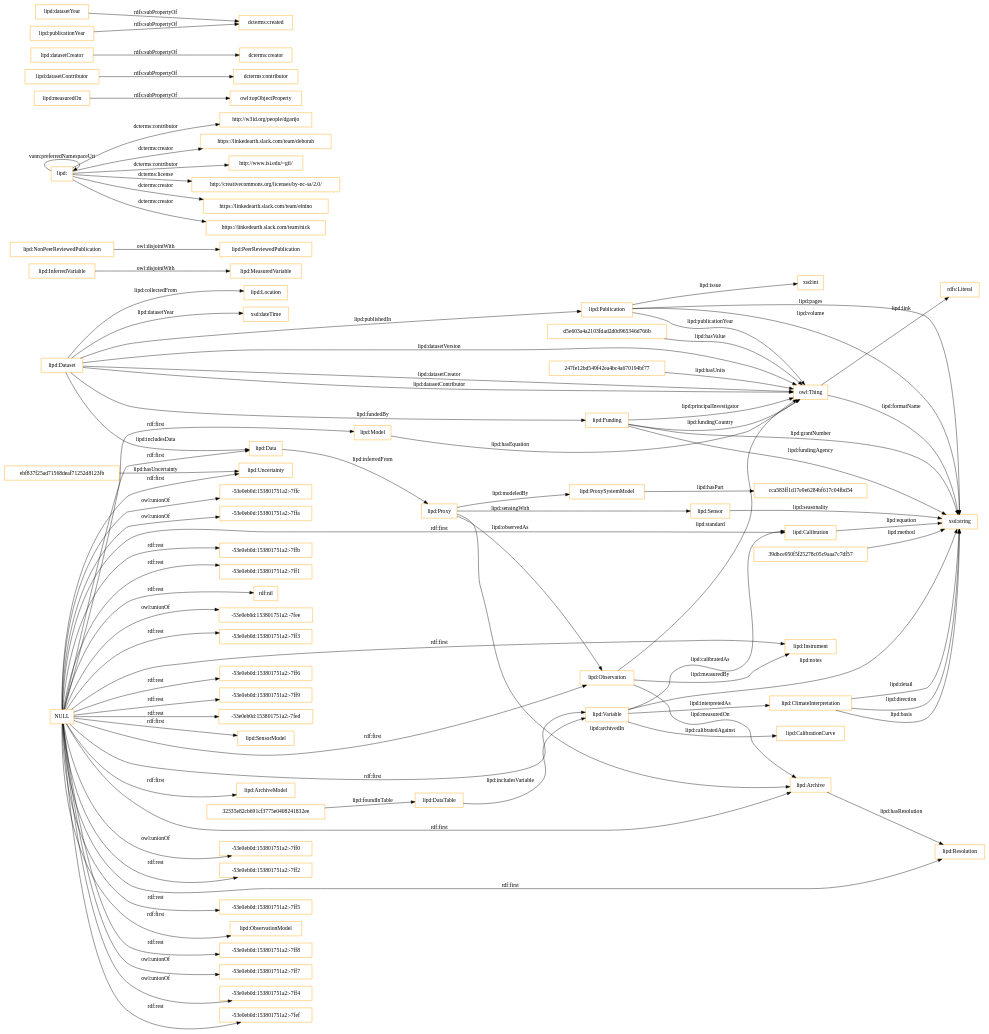
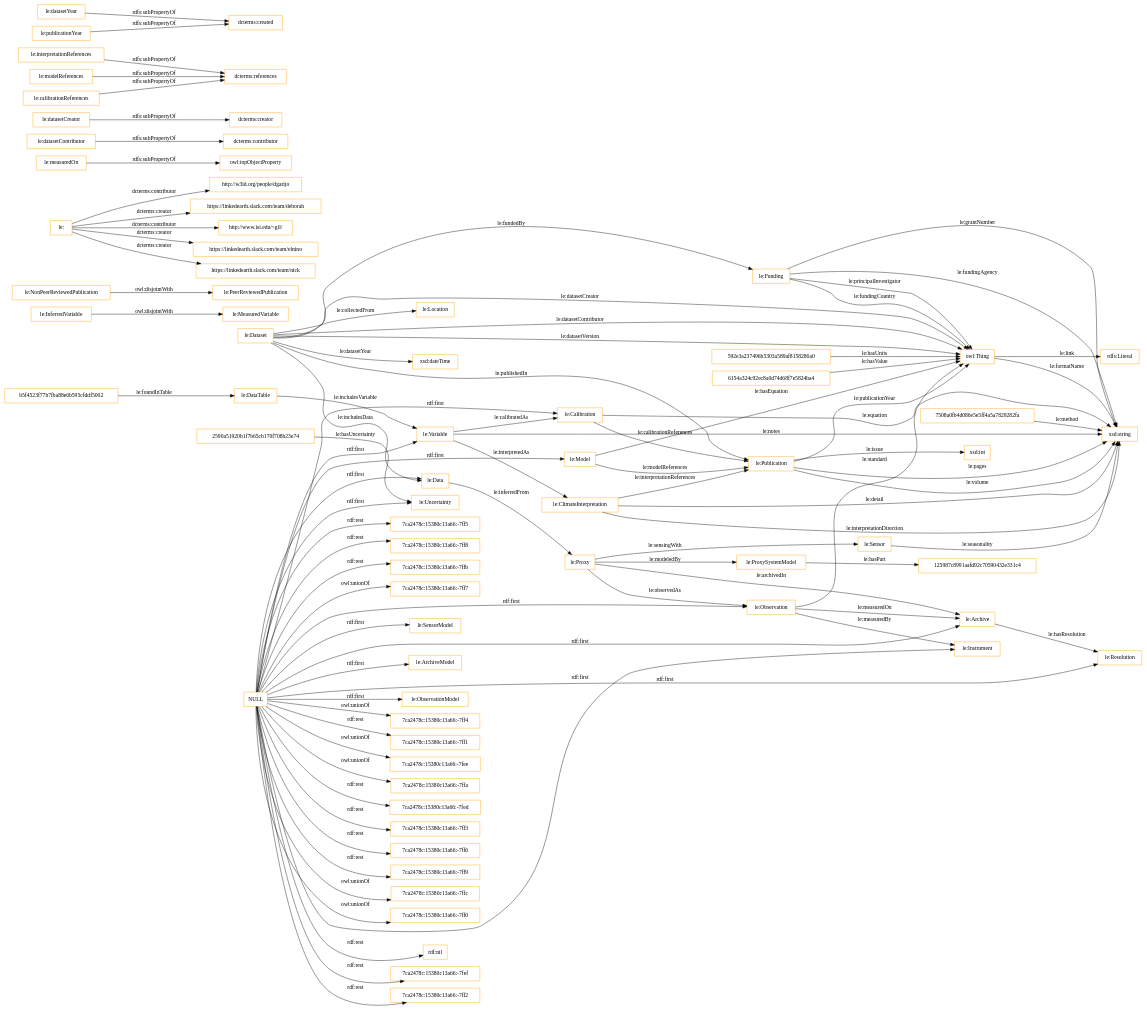
One commit to dgarijo/Ontology changed the diagram in OnToology/ontology.owl/diagrams/ar2dtool-class/ontology.owl.png.dot. Above: the diagram before and after it, drawn with Graphviz. The commit also changed 25 other files, not shown here.

```diff
--- a/OnToology/ontology.owl/diagrams/ar2dtool-class/ontology.owl.png.dot
+++ b/OnToology/ontology.owl/diagrams/ar2dtool-class/ontology.owl.png.dot
@@ -1,93 +1,95 @@
 digraph ar2dtool_diagram { 
 rankdir=LR;
 size="1501"
-node [shape = rectangle, color="orange"]; "lipd:Sensor" "lipd:Funding" "lipd:Resolution" "lipd:Dataset" "lipd:Publication" "lipd:DataTable" "32335e82cb691cf3775e0408241832ee" "lipd:Model" "lipd:Data" "lipd:SensorModel" "lipd:Location" "lipd:CalibrationCurve" "lipd:Calibration" "lipd:InferredVariable" "lipd:NonPeerReviewedPublication" "lipd:ArchiveModel" "lipd:MeasuredVariable" "lipd:Proxy" "lipd:ProxySystemModel" "lipd:Instrument" "lipd:ObservationModel" "cca583ff1d17e9e6284bf617c04fbd54" "d5e603a4a2103fdad2d0d965346d766b" "lipd:Uncertainty" "lipd:Observation" "247fe12bd549f42ea4bc4a670194bf77" "ebf837f25ad71568deaf71252d8123fb" "lipd:ClimateInterpretation" "lipd:Variable" "lipd:Archive" "39dbce950f5f25278c05c9aaa7c7df57" "lipd:PeerReviewedPublication" ; /*classes style*/
-	"lipd:NonPeerReviewedPublication" -> "lipd:PeerReviewedPublication" [ label = "owl:disjointWith" ];
-	"lipd:" -> "http://w3id.org/people/dgarijo" [ label = "dcterms:contributor" ];
-	"lipd:" -> "https://linkedearth.slack.com/team/deborah" [ label = "dcterms:creator" ];
-	"lipd:" -> "http://www.isi.edu/~gil/" [ label = "dcterms:contributor" ];
-	"lipd:" -> "http://creativecommons.org/licenses/by-nc-sa/2.0/" [ label = "dcterms:license" ];
-	"lipd:" -> "https://linkedearth.slack.com/team/elnino" [ label = "dcterms:creator" ];
-	"lipd:" -> "https://linkedearth.slack.com/team/nick" [ label = "dcterms:creator" ];
-	"lipd:" -> "lipd:" [ label = "vann:preferredNamespaceUri" ];
-	"lipd:measuredOn" -> "owl:topObjectProperty" [ label = "rdfs:subPropertyOf" ];
-	"lipd:datasetContributor" -> "dcterms:contributor" [ label = "rdfs:subPropertyOf" ];
-	"lipd:datasetCreator" -> "dcterms:creator" [ label = "rdfs:subPropertyOf" ];
-	"NULL" -> "lipd:Instrument" [ label = "rdf:first" ];
-	"NULL" -> "lipd:SensorModel" [ label = "rdf:first" ];
-	"NULL" -> "-53e0eb0d:153801751a2:-7ff2" [ label = "rdf:rest" ];
-	"NULL" -> "-53e0eb0d:153801751a2:-7ff5" [ label = "rdf:rest" ];
-	"NULL" -> "-53e0eb0d:153801751a2:-7ff8" [ label = "rdf:rest" ];
-	"NULL" -> "lipd:Archive" [ label = "rdf:first" ];
-	"NULL" -> "lipd:ObservationModel" [ label = "rdf:first" ];
-	"NULL" -> "-53e0eb0d:153801751a2:-7ff7" [ label = "owl:unionOf" ];
-	"NULL" -> "-53e0eb0d:153801751a2:-7ff4" [ label = "owl:unionOf" ];
-	"NULL" -> "-53e0eb0d:153801751a2:-7fef" [ label = "rdf:rest" ];
-	"NULL" -> "-53e0eb0d:153801751a2:-7ffc" [ label = "owl:unionOf" ];
-	"NULL" -> "-53e0eb0d:153801751a2:-7ffa" [ label = "owl:unionOf" ];
-	"NULL" -> "lipd:Variable" [ label = "rdf:first" ];
-	"NULL" -> "-53e0eb0d:153801751a2:-7ffb" [ label = "rdf:rest" ];
-	"NULL" -> "-53e0eb0d:153801751a2:-7ff1" [ label = "rdf:rest" ];
-	"NULL" -> "lipd:Uncertainty" [ label = "rdf:first" ];
+node [shape = rectangle, color="orange"]; "le:Sensor" "le:Funding" "le:Resolution" "le:Dataset" "le:Publication" "le:DataTable" "7508a0fb4d086e5e5ff4a5a7829282fa" "le:Model" "592e3a237496b5303a589af8158286a0" "le:Data" "6154a324c92ec8a0d74d68f7e5824ba4" "125987c8991aafd92c70590432e331c4" "le:SensorModel" "le:Location" "le:Calibration" "b5f4523f77b7fba88e6b595cfddf5002" "le:InferredVariable" "le:NonPeerReviewedPublication" "le:ArchiveModel" "le:MeasuredVariable" "le:Proxy" "le:ProxySystemModel" "le:Instrument" "le:ObservationModel" "le:Uncertainty" "le:Observation" "2590a51920b1f7b65cb170f708b23e74" "le:ClimateInterpretation" "le:Variable" "le:Archive" "le:PeerReviewedPublication" ; /*classes style*/
+	"le:NonPeerReviewedPublication" -> "le:PeerReviewedPublication" [ label = "owl:disjointWith" ];
+	"le:" -> "http://w3id.org/people/dgarijo" [ label = "dcterms:contributor" ];
+	"le:" -> "https://linkedearth.slack.com/team/deborah" [ label = "dcterms:creator" ];
+	"le:" -> "http://www.isi.edu/~gil/" [ label = "dcterms:contributor" ];
+	"le:" -> "https://linkedearth.slack.com/team/elnino" [ label = "dcterms:creator" ];
+	"le:" -> "https://linkedearth.slack.com/team/nick" [ label = "dcterms:creator" ];
+	"le:measuredOn" -> "owl:topObjectProperty" [ label = "rdfs:subPropertyOf" ];
+	"le:datasetContributor" -> "dcterms:contributor" [ label = "rdfs:subPropertyOf" ];
+	"le:datasetCreator" -> "dcterms:creator" [ label = "rdfs:subPropertyOf" ];
+	"le:interpretationReferences" -> "dcterms:references" [ label = "rdfs:subPropertyOf" ];
+	"le:modelReferences" -> "dcterms:references" [ label = "rdfs:subPropertyOf" ];
+	"le:calibrationReferences" -> "dcterms:references" [ label = "rdfs:subPropertyOf" ];
+	"NULL" -> "7ca2478c:15380c13a66:-7ff1" [ label = "rdf:rest" ];
+	"NULL" -> "le:Instrument" [ label = "rdf:first" ];
+	"NULL" -> "le:SensorModel" [ label = "rdf:first" ];
+	"NULL" -> "7ca2478c:15380c13a66:-7fee" [ label = "owl:unionOf" ];
+	"NULL" -> "le:Archive" [ label = "rdf:first" ];
+	"NULL" -> "le:ObservationModel" [ label = "rdf:first" ];
+	"NULL" -> "7ca2478c:15380c13a66:-7ffa" [ label = "owl:unionOf" ];
+	"NULL" -> "7ca2478c:15380c13a66:-7fed" [ label = "rdf:rest" ];
+	"NULL" -> "7ca2478c:15380c13a66:-7ff3" [ label = "rdf:rest" ];
+	"NULL" -> "le:Variable" [ label = "rdf:first" ];
+	"NULL" -> "7ca2478c:15380c13a66:-7ff6" [ label = "rdf:rest" ];
+	"NULL" -> "7ca2478c:15380c13a66:-7ff9" [ label = "rdf:rest" ];
+	"NULL" -> "7ca2478c:15380c13a66:-7ffc" [ label = "owl:unionOf" ];
+	"NULL" -> "le:Uncertainty" [ label = "rdf:first" ];
+	"NULL" -> "7ca2478c:15380c13a66:-7ff0" [ label = "owl:unionOf" ];
 	"NULL" -> "rdf:nil" [ label = "rdf:rest" ];
-	"NULL" -> "-53e0eb0d:153801751a2:-7fee" [ label = "owl:unionOf" ];
-	"NULL" -> "lipd:Calibration" [ label = "rdf:first" ];
-	"NULL" -> "-53e0eb0d:153801751a2:-7ff3" [ label = "rdf:rest" ];
-	"NULL" -> "lipd:Data" [ label = "rdf:first" ];
-	"NULL" -> "-53e0eb0d:153801751a2:-7ff6" [ label = "rdf:rest" ];
-	"NULL" -> "-53e0eb0d:153801751a2:-7ff9" [ label = "rdf:rest" ];
-	"NULL" -> "lipd:Model" [ label = "rdf:first" ];
-	"NULL" -> "lipd:Observation" [ label = "rdf:first" ];
-	"NULL" -> "lipd:Resolution" [ label = "rdf:first" ];
-	"NULL" -> "lipd:ArchiveModel" [ label = "rdf:first" ];
-	"NULL" -> "-53e0eb0d:153801751a2:-7fed" [ label = "rdf:rest" ];
-	"NULL" -> "-53e0eb0d:153801751a2:-7ff0" [ label = "owl:unionOf" ];
-	"lipd:datasetYear" -> "dcterms:created" [ label = "rdfs:subPropertyOf" ];
-	"lipd:publicationYear" -> "dcterms:created" [ label = "rdfs:subPropertyOf" ];
-	"lipd:InferredVariable" -> "lipd:MeasuredVariable" [ label = "owl:disjointWith" ];
-	"lipd:ClimateInterpretation" -> "xsd:string" [ label = "lipd:direction" ];
-	"lipd:Dataset" -> "lipd:Funding" [ label = "lipd:fundedBy" ];
-	"lipd:Funding" -> "owl:Thing" [ label = "lipd:fundingCountry" ];
-	"lipd:Dataset" -> "lipd:Location" [ label = "lipd:collectedFrom" ];
-	"lipd:Dataset" -> "owl:Thing" [ label = "lipd:datasetCreator" ];
-	"lipd:Publication" -> "owl:Thing" [ label = "lipd:publicationYear" ];
-	"lipd:Variable" -> "xsd:string" [ label = "lipd:notes" ];
-	"lipd:Model" -> "owl:Thing" [ label = "lipd:hasEquation" ];
-	"lipd:Dataset" -> "owl:Thing" [ label = "lipd:datasetContributor" ];
-	"lipd:Proxy" -> "lipd:Archive" [ label = "lipd:archivedIn" ];
-	"owl:Thing" -> "xsd:string" [ label = "lipd:formatName" ];
-	"lipd:Funding" -> "xsd:string" [ label = "lipd:grantNumber" ];
-	"39dbce950f5f25278c05c9aaa7c7df57" -> "xsd:string" [ label = "lipd:method" ];
-	"lipd:ProxySystemModel" -> "cca583ff1d17e9e6284bf617c04fbd54" [ label = "lipd:hasPart" ];
-	"lipd:Dataset" -> "lipd:Publication" [ label = "lipd:publishedIn" ];
-	"32335e82cb691cf3775e0408241832ee" -> "lipd:DataTable" [ label = "lipd:foundInTable" ];
-	"lipd:Publication" -> "xsd:int" [ label = "lipd:issue" ];
-	"lipd:Funding" -> "owl:Thing" [ label = "lipd:principalInvestigator" ];
-	"lipd:Dataset" -> "xsd:dateTime" [ label = "lipd:datasetYear" ];
-	"lipd:DataTable" -> "lipd:Variable" [ label = "lipd:includesVariable" ];
-	"lipd:Proxy" -> "lipd:Observation" [ label = "lipd:observedAs" ];
-	"lipd:Calibration" -> "xsd:string" [ label = "lipd:equation" ];
-	"lipd:Observation" -> "lipd:Instrument" [ label = "lipd:measuredBy" ];
-	"lipd:Funding" -> "xsd:string" [ label = "lipd:fundingAgency" ];
-	"lipd:Proxy" -> "lipd:ProxySystemModel" [ label = "lipd:modeledBy" ];
-	"lipd:Archive" -> "lipd:Resolution" [ label = "lipd:hasResolution" ];
-	"lipd:Variable" -> "lipd:Calibration" [ label = "lipd:calibratedAs" ];
-	"lipd:ClimateInterpretation" -> "xsd:string" [ label = "lipd:basis" ];
-	"owl:Thing" -> "rdfs:Literal" [ label = "lipd:link" ];
-	"lipd:Observation" -> "owl:Thing" [ label = "lipd:standard" ];
-	"lipd:Publication" -> "xsd:string" [ label = "lipd:pages" ];
-	"ebf837f25ad71568deaf71252d8123fb" -> "lipd:Uncertainty" [ label = "lipd:hasUncertainty" ];
-	"lipd:Variable" -> "lipd:CalibrationCurve" [ label = "lipd:calibratedAgainst" ];
-	"lipd:Sensor" -> "xsd:string" [ label = "lipd:seasonality" ];
-	"lipd:Data" -> "lipd:Proxy" [ label = "lipd:inferredFrom" ];
-	"247fe12bd549f42ea4bc4a670194bf77" -> "owl:Thing" [ label = "lipd:hasUnits" ];
-	"lipd:Proxy" -> "lipd:Sensor" [ label = "lipd:sensingWith" ];
-	"lipd:ClimateInterpretation" -> "xsd:string" [ label = "lipd:detail" ];
-	"lipd:Publication" -> "xsd:string" [ label = "lipd:volume" ];
-	"lipd:Observation" -> "lipd:Archive" [ label = "lipd:measuredOn" ];
-	"lipd:Dataset" -> "lipd:Data" [ label = "lipd:includesData" ];
-	"d5e603a4a2103fdad2d0d965346d766b" -> "owl:Thing" [ label = "lipd:hasValue" ];
-	"lipd:Dataset" -> "owl:Thing" [ label = "lipd:datasetVersion" ];
-	"lipd:Variable" -> "lipd:ClimateInterpretation" [ label = "lipd:interpretedAs" ];
+	"NULL" -> "7ca2478c:15380c13a66:-7fef" [ label = "rdf:rest" ];
+	"NULL" -> "le:Calibration" [ label = "rdf:first" ];
+	"NULL" -> "7ca2478c:15380c13a66:-7ff2" [ label = "rdf:rest" ];
+	"NULL" -> "7ca2478c:15380c13a66:-7ff5" [ label = "rdf:rest" ];
+	"NULL" -> "7ca2478c:15380c13a66:-7ff8" [ label = "rdf:rest" ];
+	"NULL" -> "le:Data" [ label = "rdf:first" ];
+	"NULL" -> "7ca2478c:15380c13a66:-7ffb" [ label = "rdf:rest" ];
+	"NULL" -> "le:Model" [ label = "rdf:first" ];
+	"NULL" -> "7ca2478c:15380c13a66:-7ff7" [ label = "owl:unionOf" ];
+	"NULL" -> "7ca2478c:15380c13a66:-7ff4" [ label = "owl:unionOf" ];
+	"NULL" -> "le:Observation" [ label = "rdf:first" ];
+	"NULL" -> "le:Resolution" [ label = "rdf:first" ];
+	"NULL" -> "le:ArchiveModel" [ label = "rdf:first" ];
+	"le:datasetYear" -> "dcterms:created" [ label = "rdfs:subPropertyOf" ];
+	"le:publicationYear" -> "dcterms:created" [ label = "rdfs:subPropertyOf" ];
+	"le:InferredVariable" -> "le:MeasuredVariable" [ label = "owl:disjointWith" ];
+	"le:Calibration" -> "le:Publication" [ label = "le:calibrationReferences" ];
+	"le:Dataset" -> "le:Funding" [ label = "le:fundedBy" ];
+	"le:Funding" -> "owl:Thing" [ label = "le:fundingCountry" ];
+	"le:Dataset" -> "le:Location" [ label = "le:collectedFrom" ];
+	"le:Dataset" -> "owl:Thing" [ label = "le:datasetCreator" ];
+	"le:Publication" -> "owl:Thing" [ label = "le:publicationYear" ];
+	"le:Variable" -> "xsd:string" [ label = "le:notes" ];
+	"le:Model" -> "owl:Thing" [ label = "le:hasEquation" ];
+	"le:Dataset" -> "owl:Thing" [ label = "le:datasetContributor" ];
+	"le:Proxy" -> "le:Archive" [ label = "le:archivedIn" ];
+	"owl:Thing" -> "xsd:string" [ label = "le:formatName" ];
+	"le:Funding" -> "xsd:string" [ label = "le:grantNumber" ];
+	"7508a0fb4d086e5e5ff4a5a7829282fa" -> "xsd:string" [ label = "le:method" ];
+	"le:ProxySystemModel" -> "125987c8991aafd92c70590432e331c4" [ label = "le:hasPart" ];
+	"le:Dataset" -> "le:Publication" [ label = "le:publishedIn" ];
+	"b5f4523f77b7fba88e6b595cfddf5002" -> "le:DataTable" [ label = "le:foundInTable" ];
+	"le:Publication" -> "xsd:int" [ label = "le:issue" ];
+	"le:Funding" -> "owl:Thing" [ label = "le:principalInvestigator" ];
+	"le:Dataset" -> "xsd:dateTime" [ label = "le:datasetYear" ];
+	"le:DataTable" -> "le:Variable" [ label = "le:includesVariable" ];
+	"le:Proxy" -> "le:Observation" [ label = "le:observedAs" ];
+	"le:Calibration" -> "xsd:string" [ label = "le:equation" ];
+	"le:Observation" -> "le:Instrument" [ label = "le:measuredBy" ];
+	"le:Funding" -> "xsd:string" [ label = "le:fundingAgency" ];
+	"le:Proxy" -> "le:ProxySystemModel" [ label = "le:modeledBy" ];
+	"le:Archive" -> "le:Resolution" [ label = "le:hasResolution" ];
+	"le:Variable" -> "le:Calibration" [ label = "le:calibratedAs" ];
+	"owl:Thing" -> "rdfs:Literal" [ label = "le:link" ];
+	"le:ClimateInterpretation" -> "xsd:string" [ label = "le:interpretationDirection" ];
+	"le:Model" -> "le:Publication" [ label = "le:modelReferences" ];
+	"le:Observation" -> "owl:Thing" [ label = "le:standard" ];
+	"le:Publication" -> "xsd:string" [ label = "le:pages" ];
+	"2590a51920b1f7b65cb170f708b23e74" -> "le:Uncertainty" [ label = "le:hasUncertainty" ];
+	"le:Sensor" -> "xsd:string" [ label = "le:seasonality" ];
+	"le:Data" -> "le:Proxy" [ label = "le:inferredFrom" ];
+	"592e3a237496b5303a589af8158286a0" -> "owl:Thing" [ label = "le:hasUnits" ];
+	"le:Proxy" -> "le:Sensor" [ label = "le:sensingWith" ];
+	"le:ClimateInterpretation" -> "xsd:string" [ label = "le:detail" ];
+	"le:Publication" -> "xsd:string" [ label = "le:volume" ];
+	"le:Observation" -> "le:Archive" [ label = "le:measuredOn" ];
+	"le:Dataset" -> "le:Data" [ label = "le:includesData" ];
+	"6154a324c92ec8a0d74d68f7e5824ba4" -> "owl:Thing" [ label = "le:hasValue" ];
+	"le:Dataset" -> "owl:Thing" [ label = "le:datasetVersion" ];
+	"le:ClimateInterpretation" -> "le:Publication" [ label = "le:interpretationReferences" ];
+	"le:Variable" -> "le:ClimateInterpretation" [ label = "le:interpretedAs" ];
 
 }
```
